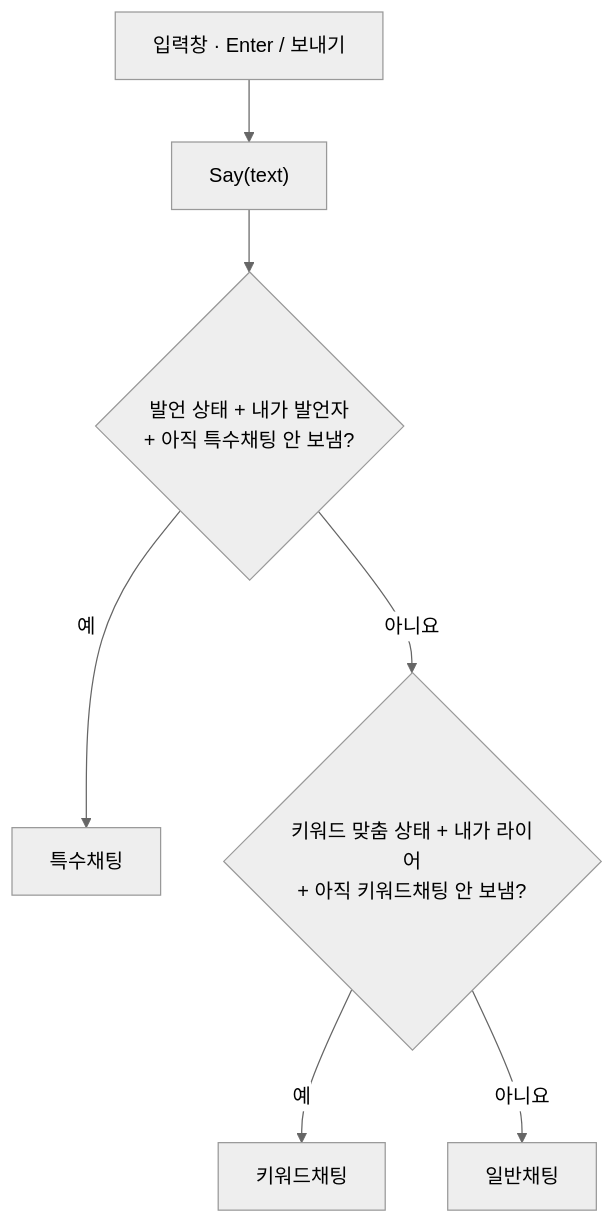
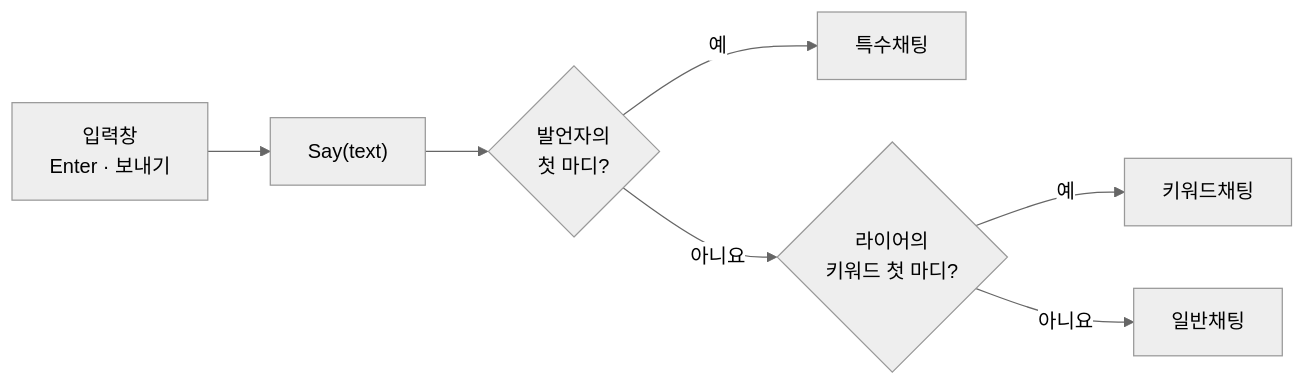
The sixth of 7 diagrams in src/IfIWasInMarket/IfIWasInMarket_기술문서.md (rlawlsdn77/portfolio), drawn with Mermaid (neutral theme) before and after one commit. The commit also changed other lines of this file and 2 other files, not shown here.

````diff
--- a/src/IfIWasInMarket/IfIWasInMarket_기술문서.md
+++ b/src/IfIWasInMarket/IfIWasInMarket_기술문서.md
@@ -334,9 +334,9 @@
 ```mermaid
-flowchart TB
-    I["입력창 · Enter / 보내기"] --> S["Say(text)"]
-    S --> A{"발언 상태 + 내가 발언자<br/>+ 아직 특수채팅 안 보냄?"}
+flowchart LR
+    I["입력창<br/>Enter · 보내기"] --> S["Say(text)"]
+    S --> A{"발언자의<br/>첫 마디?"}
     A -->|"예"| SP["특수채팅"]
-    A -->|"아니요"| B{"키워드 맞춤 상태 + 내가 라이어<br/>+ 아직 키워드채팅 안 보냄?"}
+    A -->|"아니요"| B{"라이어의<br/>키워드 첫 마디?"}
     B -->|"예"| KW["키워드채팅"]
     B -->|"아니요"| N["일반채팅"]
 ```
````
